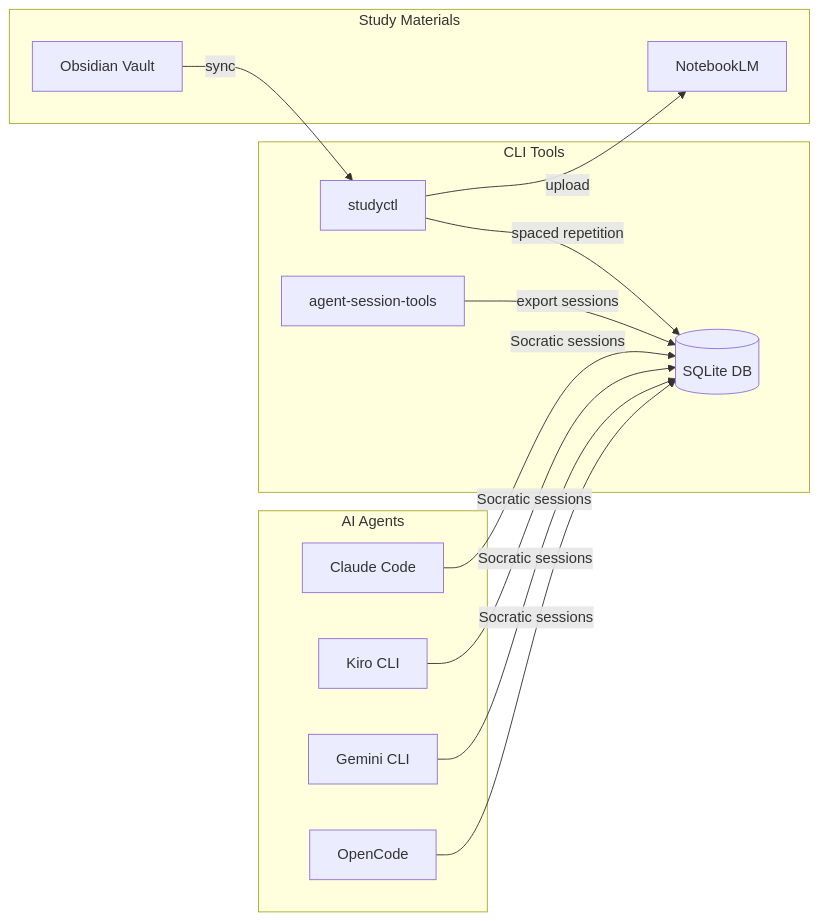
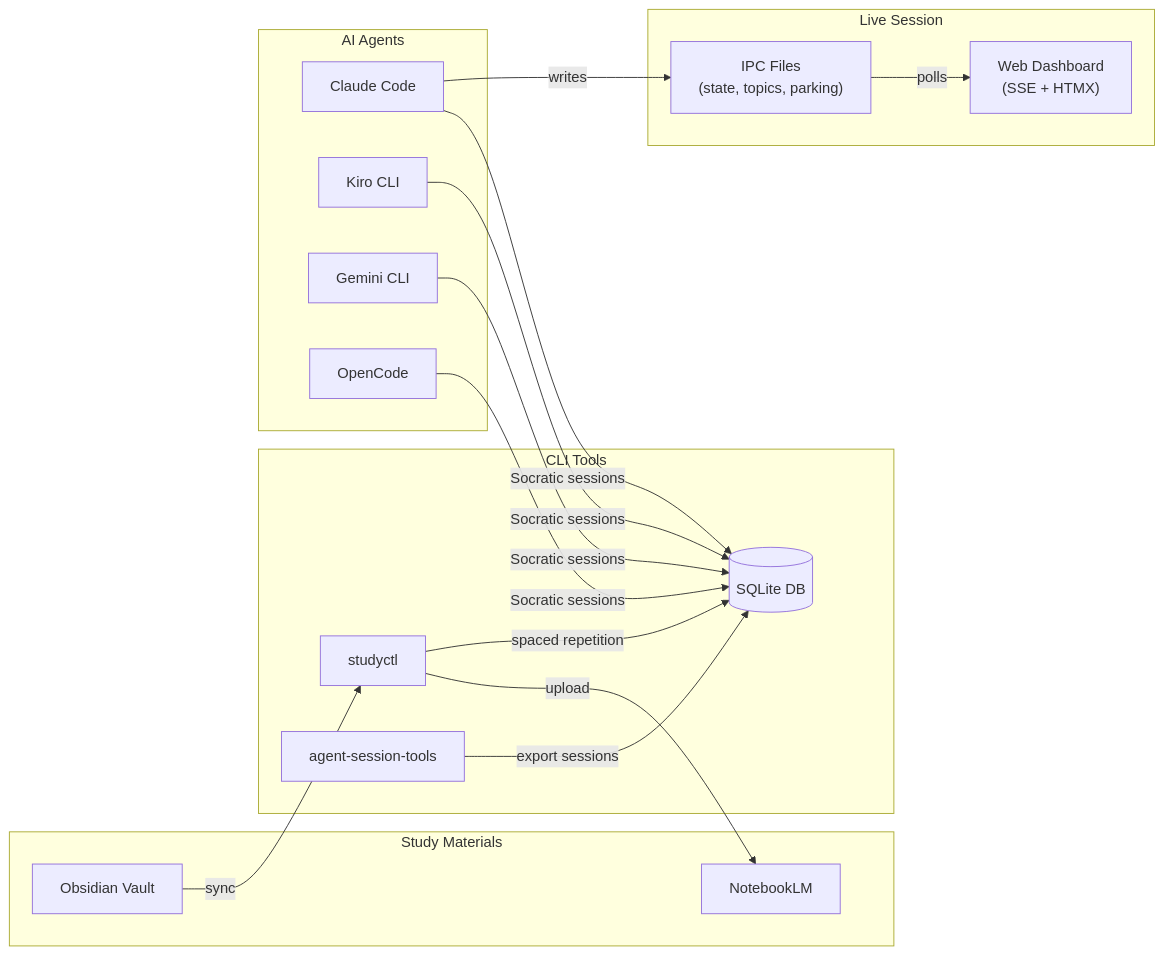
The diagram in README.md (NetDevAutomate/StudyLoop), drawn with Mermaid before and after one commit. The commit also changed other lines of this file and 8 other files, not shown here.

First line of the commit message:
fix: security hardening + SSE optimization + parking dedup + docs update

````diff
--- a/README.md
+++ b/README.md
@@ -40,29 +40,36 @@
 ```mermaid
 graph LR
     subgraph "Study Materials"
         OB[Obsidian Vault]
         NLM[NotebookLM]
     end
 
     subgraph "CLI Tools"
         SC[studyctl]
         AST[agent-session-tools]
         DB[(SQLite DB)]
     end
 
     subgraph "AI Agents"
         CA[Claude Code]
         KA[Kiro CLI]
         GA[Gemini CLI]
         OA[OpenCode]
     end
 
+    subgraph "Live Session"
+        IPC["IPC Files<br/>(state, topics, parking)"]
+        SSE["Web Dashboard<br/>(SSE + HTMX)"]
+    end
+
     OB -->|sync| SC
     SC -->|upload| NLM
     SC -->|spaced repetition| DB
     AST -->|export sessions| DB
     CA -->|Socratic sessions| DB
     KA -->|Socratic sessions| DB
     GA -->|Socratic sessions| DB
     OA -->|Socratic sessions| DB
+    CA -->|writes| IPC
+    IPC -->|polls| SSE
 ```
````
